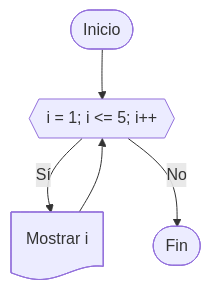
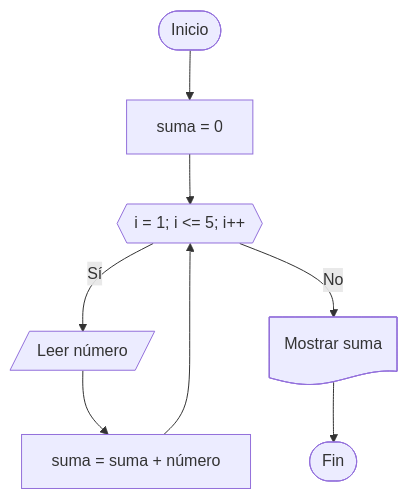
Before and after one commit to Abel-DB/Algoritmos-programacion: diagram 15 of 15 in Tema04_Control/1-instrucciones_control.md, drawn with Mermaid. The commit also changed other lines of this file, not shown here.

````diff
--- a/Tema04_Control/1-instrucciones_control.md
+++ b/Tema04_Control/1-instrucciones_control.md
@@ -301,15 +366,22 @@
 ```mermaid
 flowchart TD
 
 A([Inicio])
 
-B@{ shape: hex, label: "i = 1; i <= 5; i++" }
+B@{ shape: rect, label: "suma = 0" }
 
-C@{ shape: doc, label: "Mostrar i" }
+C@{ shape: hex, label: "i = 1; i <= 5; i++" }
 
-D([Fin])
+D@{ shape: lean-r, label: "Leer número" }
 
-A --> B
-B -->|Sí| C --> B
-B -->|No| D
+E@{ shape: rect, label: "suma = suma + número" }
+
+F@{ shape: doc, label: "Mostrar suma" }
+
+G([Fin])
+
+A --> B --> C
+
+C -->|Sí| D --> E --> C
+C -->|No| F --> G
 ```
````
